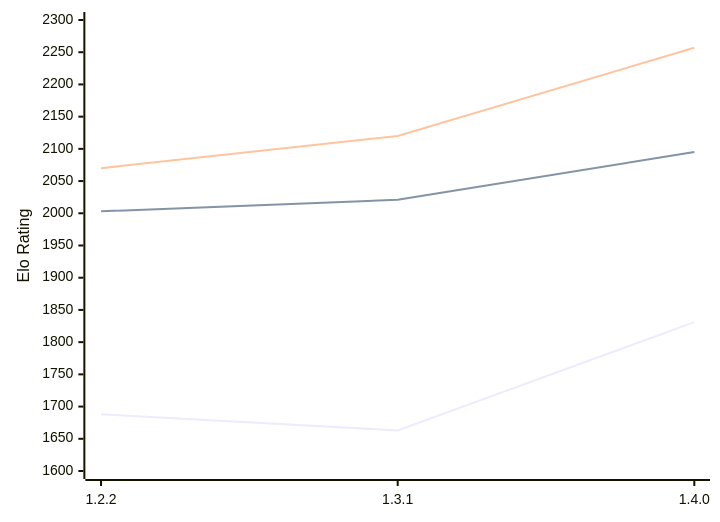
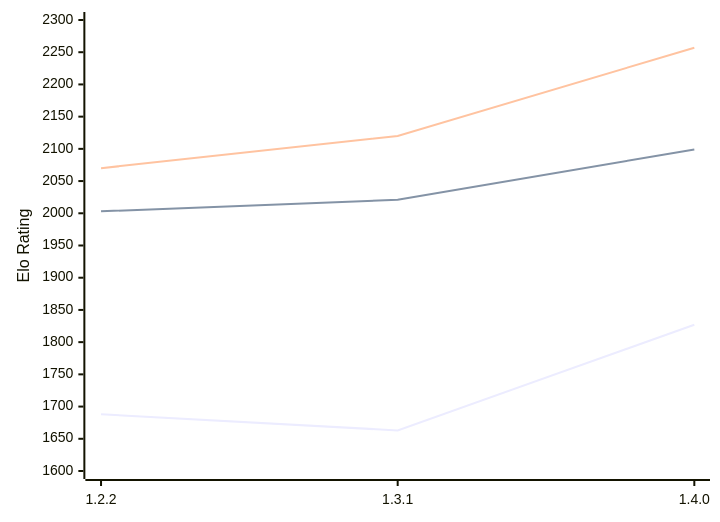
One commit to computer-chess-index/cci changed the diagram in engines/SoloEngine.md. Above: the diagram before and after it, drawn with Mermaid. The commit also changed other lines of this file, not shown here.

Commit message:
Update CCI Ratings (ELO VLTC) - 2026-02-11

````diff
--- a/engines/SoloEngine.md
+++ b/engines/SoloEngine.md
@@ -30,9 +30,9 @@
 ```mermaid
 %%{init: {"theme":"base","themeVariables":{"seriesColors:['#a3a3a3','#222221','#faa371']}}}%%
 xychart-beta
   x-axis ["1.2.2", "1.3.1", "1.4.0"]
   y-axis "Elo Rating" 1600 --> 2300
-  line "STC (8.0+0.08s)" [1688, 1663, 1831]
-  line "LTC (60.0+0.60s)" [2003, 2021, 2095]
+  line "STC (8.0+0.08s)" [1688, 1663, 1827]
+  line "LTC (60.0+0.60s)" [2003, 2021, 2099]
   line "VLTC (2m24s+1.12s)" [2070, 2120, 2257]
 ```
````
